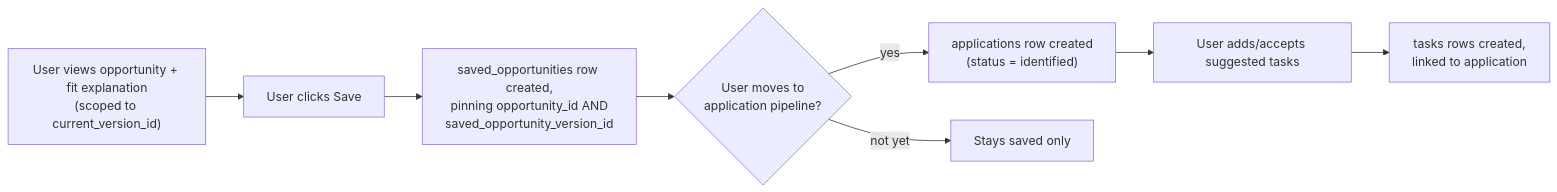
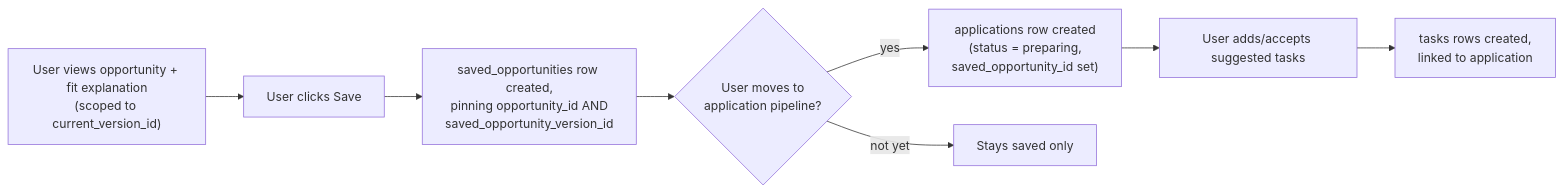
The third of 3 diagrams in docs/DATA_FLOW.md (abdo2006-dev/CareerOS), drawn with Mermaid before and after one commit. The commit also changed other lines of this file and 12 other files, not shown here.

````diff
--- a/docs/DATA_FLOW.md
+++ b/docs/DATA_FLOW.md
@@ -133,10 +133,10 @@
 ```mermaid
 flowchart LR
     A["User views opportunity + fit explanation\n(scoped to current_version_id)"] --> B["User clicks Save"]
     B --> C["saved_opportunities row created,\npinning opportunity_id AND\nsaved_opportunity_version_id"]
     C --> D{"User moves to\napplication pipeline?"}
-    D -- yes --> E["applications row created\n(status = identified)"]
+    D -- yes --> E["applications row created\n(status = preparing,\nsaved_opportunity_id set)"]
     E --> F["User adds/accepts suggested tasks"]
     F --> G["tasks rows created,\nlinked to application"]
     D -- not yet --> H["Stays saved only"]
 ```
````
